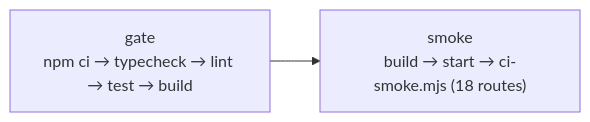
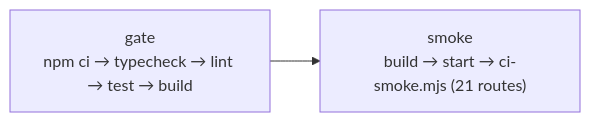
The diagram in docs/operations.md (lions-admin/lions-of-zion), drawn with Mermaid before and after one commit. The commit also changed other lines of this file and 18 other files, not shown here.

````diff
--- a/docs/operations.md
+++ b/docs/operations.md
@@ -175,4 +176,4 @@
 ```mermaid
 flowchart LR
-    G["gate<br/>npm ci → typecheck → lint → test → build"] --> S["smoke<br/>build → start → ci-smoke.mjs (18 routes)"]
+    G["gate<br/>npm ci → typecheck → lint → test → build"] --> S["smoke<br/>build → start → ci-smoke.mjs (21 routes)"]
 ```
````
